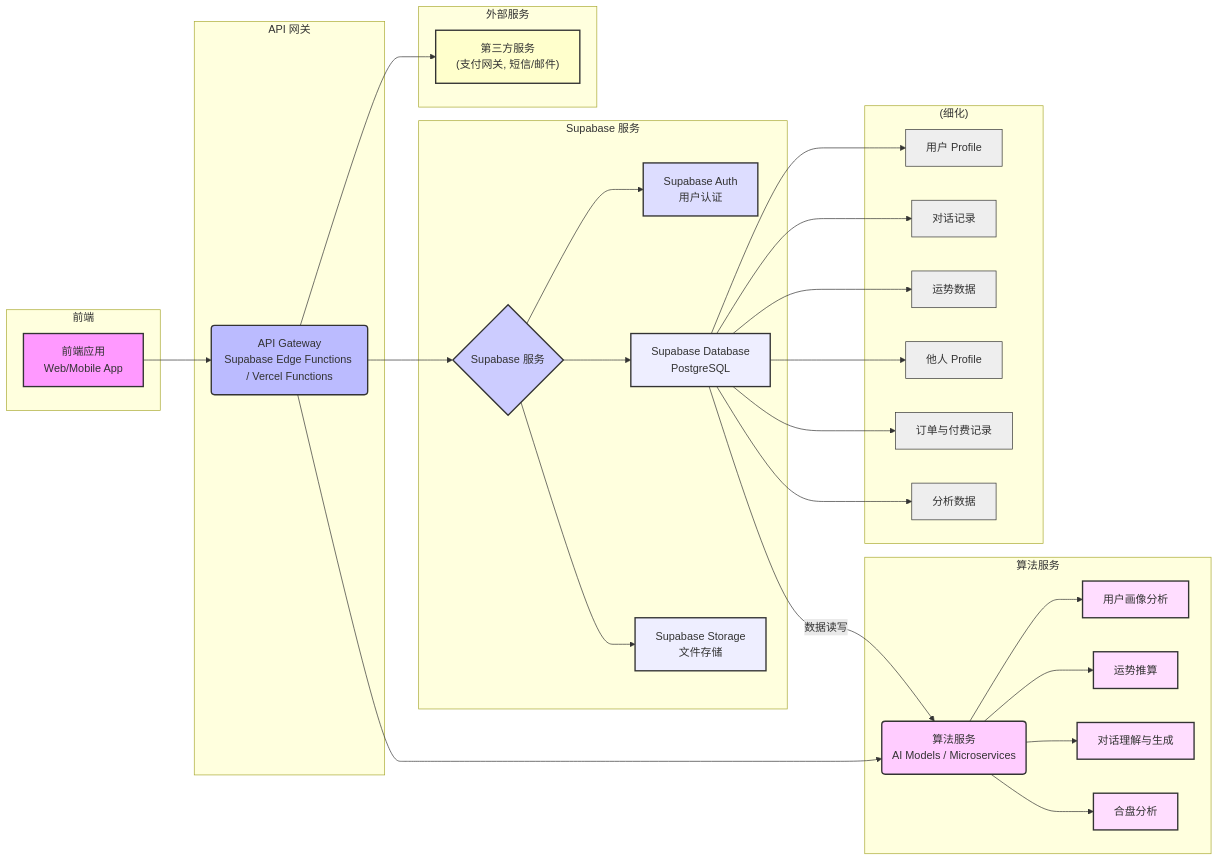
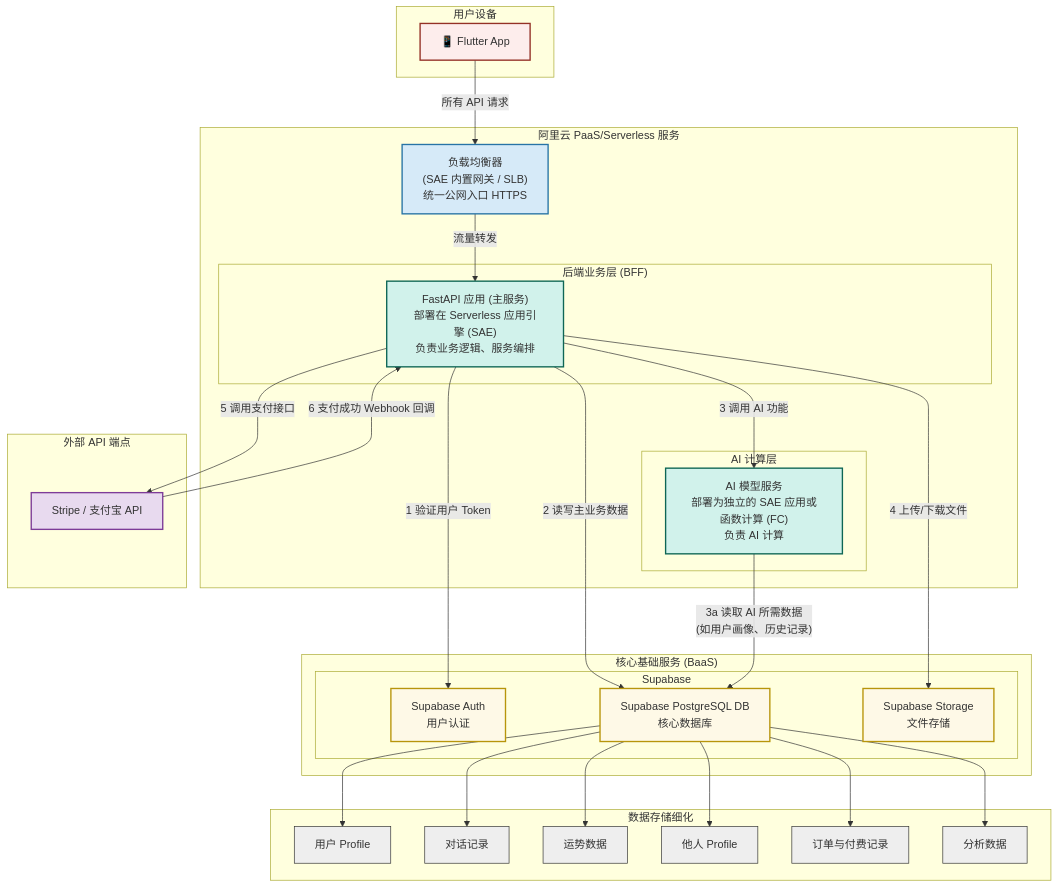
One commit to Aura-AI-Projcet/Aura-backend changed the diagram in docs/technical/system_architecture.md. Above: the diagram before and after it, drawn with Mermaid. The commit also changed other lines of this file and 3 other files, not shown here.

````diff
--- a/docs/technical/system_architecture.md
+++ b/docs/technical/system_architecture.md
@@ -5,77 +5,73 @@
 ```mermaid
-    graph LR
-        subgraph 前端
-            A["前端应用<br/>Web/Mobile App"]
+    graph TD
+        subgraph "用户设备"
+            Client["📱 Flutter App"]
         end
 
-        subgraph API 网关
-            B("API Gateway<br/>Supabase Edge Functions / Vercel Functions")
+        subgraph "阿里云 PaaS/Serverless 服务"
+            LB["负载均衡器<br/>(SAE 内置网关 / SLB)<br/>统一公网入口 HTTPS"]
+            subgraph "后端业务层 (BFF)"
+                BFF["FastAPI 应用 (主服务)<br/>部署在 Serverless 应用引擎 (SAE)<br/>负责业务逻辑、服务编排"]
+            end
+            subgraph "AI 计算层"
+                AI_Service["AI 模型服务<br/>部署为独立的 SAE 应用或函数计算 (FC)<br/>负责 AI 计算"]
+            end
         end
 
-        subgraph Supabase 服务
-            C{"Supabase 服务"}
-            D["Supabase Auth<br/>用户认证"]
-            E["Supabase Database<br/>PostgreSQL"]
-            F["Supabase Storage<br/>文件存储"]
+        subgraph "核心基础服务 (BaaS)"
+            subgraph "Supabase"
+                Auth["Supabase Auth<br/>用户认证"]
+                DB["Supabase PostgreSQL DB<br/>核心数据库"]
+                Storage["Supabase Storage<br/>文件存储"]
+            end
+        end
+        
+        subgraph "外部 API 端点"
+            PaymentAPI["Stripe / 支付宝 API"]
         end
 
-        subgraph 算法服务
-            G("算法服务<br/>AI Models / Microservices")
-            H["用户画像分析"]
-            I["运势推算"]
-            J["对话理解与生成"]
-            K["合盘分析"]
-        end
-
-        subgraph 外部服务
-            R["第三方服务<br/>(支付网关, 短信/邮件)"]
-        end
-
-        subgraph 数据库 ["(细化)"]
+        subgraph "数据存储细化"
             L["用户 Profile"]
             M["对话记录"]
             N["运势数据"]
             O["他人 Profile"]
             P["订单与付费记录"]
             Q["分析数据"]
         end
 
-        A --> B
-        B --> C
-        C --> D
-        C --> E
-        C --> F
-        B --> G
-        G --> H
-        G --> I
-        G --> J
-        G --> K
-        E -- 数据读写 --> G  
-        %% Supabase Database connects to Algorithm Services
-        E --> L
-        E --> M
-        E --> N
-        E --> O
-        E --> P
-        E --> Q
-        B --> R
+        %% 定义交互流程
+        Client -- "所有 API 请求" --> LB
+        LB -- "流量转发" --> BFF
 
-        style A fill:#f9f,stroke:#333,stroke-width:2px
-        style B fill:#bbf,stroke:#333,stroke-width:2px
-        style C fill:#ccf,stroke:#333,stroke-width:2px
-        style D fill:#ddf,stroke:#333,stroke-width:2px
-        style E fill:#eef,stroke:#333,stroke-width:2px
-        style F fill:#eef,stroke:#333,stroke-width:2px
-        style G fill:#fcf,stroke:#333,stroke-width:2px
-        style H fill:#fdf,stroke:#333,stroke-width:2px
-        style I fill:#fdf,stroke:#333,stroke-width:2px
-        style J fill:#fdf,stroke:#333,stroke-width:2px
-        style K fill:#fdf,stroke:#333,stroke-width:2px
+        BFF -- "1 验证用户 Token" --> Auth
+        BFF -- "2 读写主业务数据" --> DB
+        BFF -- "3 调用 AI 功能" --> AI_Service
+        AI_Service -- "3a 读取 AI 所需数据<br/>(如用户画像、历史记录)" --> DB
+        BFF -- "4 上传/下载文件" --> Storage
+        BFF -- "5 调用支付接口" --> PaymentAPI
+        PaymentAPI -- "6 支付成功 Webhook 回调" --> BFF
+
+        %% 数据库连接
+        DB --> L
+        DB --> M
+        DB --> N
+        DB --> O
+        DB --> P
+        DB --> Q
+
+        %% 样式定义
+        style Client fill:#FDEDEC,stroke:#943126,stroke-width:2px
+        style LB fill:#D6EAF8,stroke:#2874A6,stroke-width:2px
+        style BFF fill:#D1F2EB,stroke:#0E6655,stroke-width:2px
+        style AI_Service fill:#D1F2EB,stroke:#0E6655,stroke-width:2px
+        style Auth fill:#FEF9E7,stroke:#B7950B,stroke-width:2px
+        style DB fill:#FEF9E7,stroke:#B7950B,stroke-width:2px
+        style Storage fill:#FEF9E7,stroke:#B7950B,stroke-width:2px
+        style PaymentAPI fill:#E8DAEF,stroke:#7D3C98,stroke-width:2px
         style L fill:#eee,stroke:#333,stroke-width:1px
         style M fill:#eee,stroke:#333,stroke-width:1px
         style N fill:#eee,stroke:#333,stroke-width:1px
         style O fill:#eee,stroke:#333,stroke-width:1px
         style P fill:#eee,stroke:#333,stroke-width:1px
         style Q fill:#eee,stroke:#333,stroke-width:1px
-        style R fill:#ffc,stroke:#333,stroke-width:2px
 ```
````
